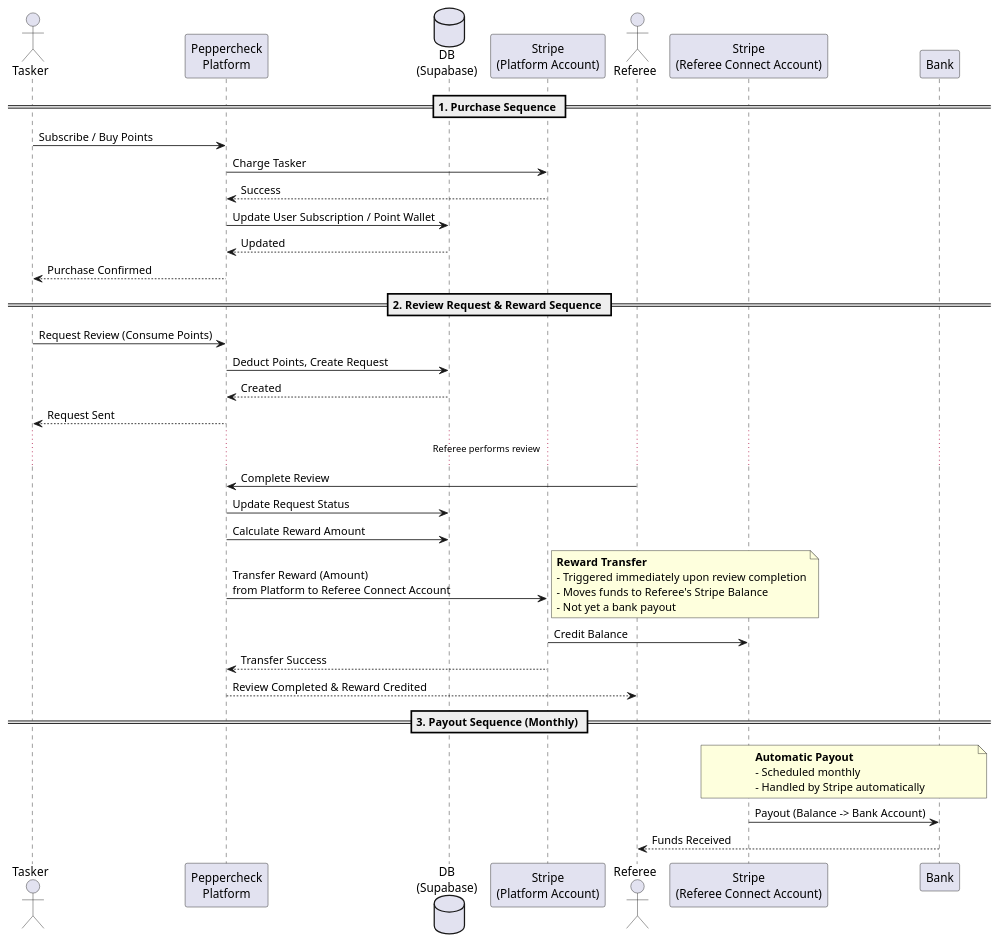
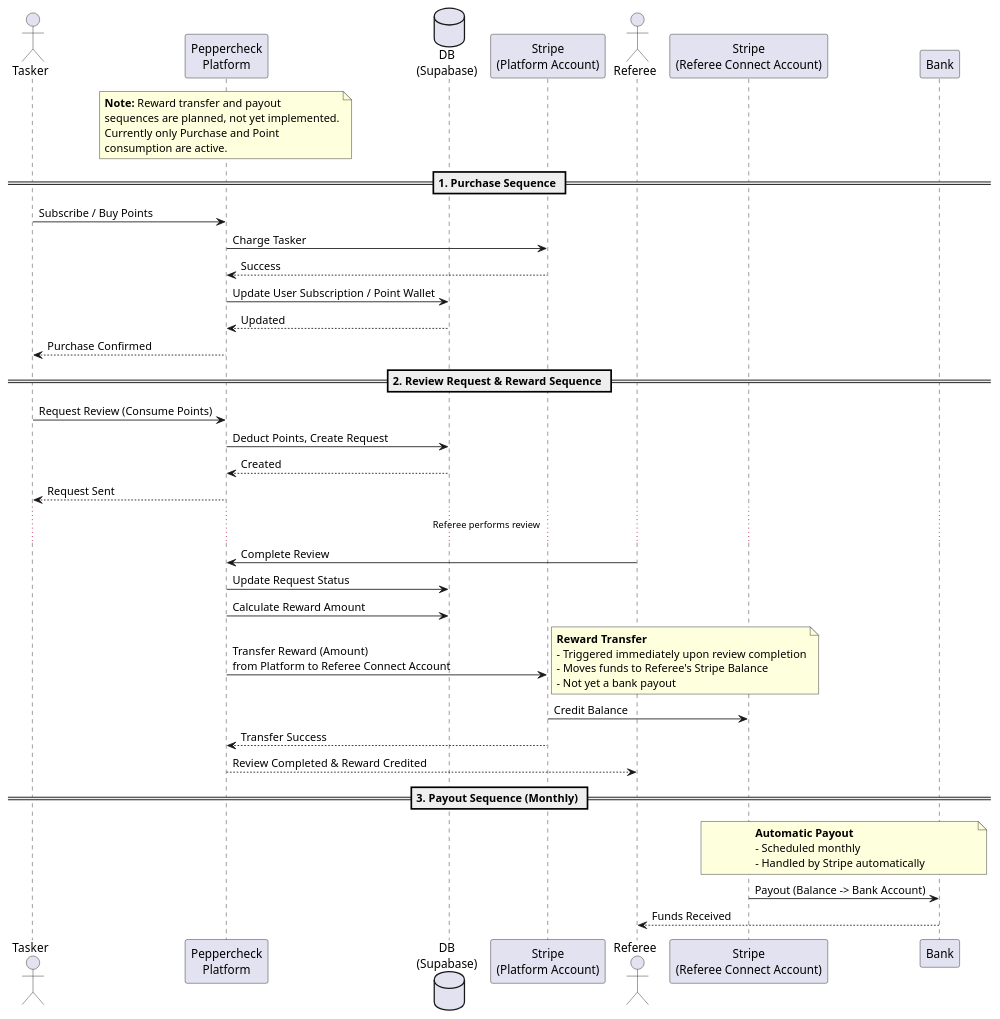
The diagram in developer-docs/modules/ROOT/examples/features/payment-and-reward/flow.pu (cloveclovedev/peppercheck), drawn with PlantUML before and after one commit. The commit also changed 1 other file, not shown here.

```diff
--- a/developer-docs/modules/ROOT/examples/features/payment-and-reward/flow.pu
+++ b/developer-docs/modules/ROOT/examples/features/payment-and-reward/flow.pu
@@ -1,51 +1,58 @@
 @startuml
 skinparam boxPadding 10
 
 actor "Tasker" as Tasker
 participant "Peppercheck\nPlatform" as Platform
 database "DB\n(Supabase)" as DB
 participant "Stripe\n(Platform Account)" as Stripe
 actor "Referee" as Referee
 participant "Stripe\n(Referee Connect Account)" as RefereeStripe
 participant "Bank" as Bank
+
+note over Platform
+  **Note:** Reward transfer and payout
+  sequences are planned, not yet implemented.
+  Currently only Purchase and Point
+  consumption are active.
+end note
 
 == 1. Purchase Sequence ==
 Tasker -> Platform: Subscribe / Buy Points
 Platform -> Stripe: Charge Tasker
 Stripe --> Platform: Success
 Platform -> DB: Update User Subscription / Point Wallet
 DB --> Platform: Updated
 Platform --> Tasker: Purchase Confirmed
 
 == 2. Review Request & Reward Sequence ==
 Tasker -> Platform: Request Review (Consume Points)
 Platform -> DB: Deduct Points, Create Request
 DB --> Platform: Created
 Platform --> Tasker: Request Sent
 
 ... Referee performs review ...
 
 Referee -> Platform: Complete Review
 Platform -> DB: Update Request Status
 Platform -> DB: Calculate Reward Amount
 Platform -> Stripe: Transfer Reward (Amount)\nfrom Platform to Referee Connect Account
 note right
   **Reward Transfer**
   - Triggered immediately upon review completion
   - Moves funds to Referee's Stripe Balance
   - Not yet a bank payout
 end note
 Stripe -> RefereeStripe: Credit Balance
 Stripe --> Platform: Transfer Success
 Platform --> Referee: Review Completed & Reward Credited
 
 == 3. Payout Sequence (Monthly) ==
 note over RefereeStripe, Bank
   **Automatic Payout**
   - Scheduled monthly
   - Handled by Stripe automatically
 end note
 RefereeStripe -> Bank: Payout (Balance -> Bank Account)
 Bank --> Referee: Funds Received
 
 @enduml
```
